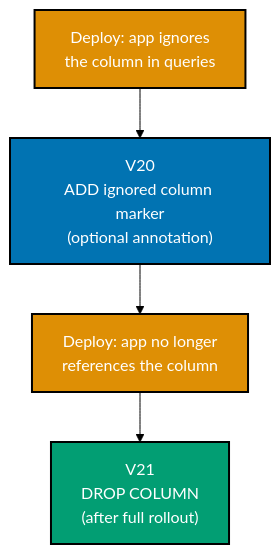
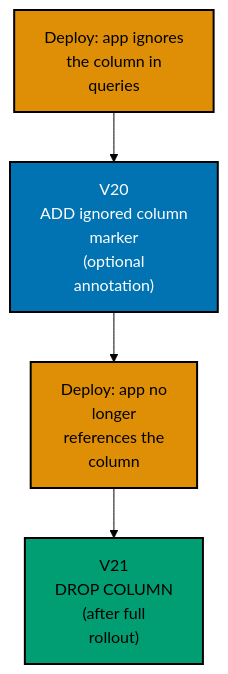
The third of 9 diagrams in apps/ayokoding-www/content/en/learn/legacy/software-engineering/data/tools/kotlin-flyway/by-example/advanced.md (wahidyankf/ose-public), drawn with Mermaid (forest theme) before and after one commit. The commit also changed other lines of this file and 131 other files, not shown here.

First line of the commit message:
fix(mermaid): bring the legacy data, infrastructure, and testing diagrams onto the accessible palette

````diff
--- a/apps/ayokoding-www/content/en/learn/legacy/software-engineering/data/tools/kotlin-flyway/by-example/advanced.md
+++ b/apps/ayokoding-www/content/en/learn/legacy/software-engineering/data/tools/kotlin-flyway/by-example/advanced.md
@@ -276,15 +282,18 @@
 ```mermaid
 %% Color Palette: Blue #0173B2, Orange #DE8F05, Teal #029E73, Purple #CC78BC, Brown #CA9161
 %% Three-phase safe column removal
 graph TD
-    A["Deploy: app ignores\nthe column in queries"]:::orange
-    B["V20\nADD ignored column marker\n#40;optional annotation#41;"]:::blue
-    C["Deploy: app no longer\nreferences the column"]:::orange
-    D["V21\nDROP COLUMN\n#40;after full rollout#41;"]:::teal
+    accTitle: Example 64: Zero-Downtime Column Removal
+    accDescr: Graph with 4 nodes and 3 connections. Nodes: Deploy: app ignores the column in queries, V20 ADD ignored column marker 40optional annotation41, Deploy: app no longer references the column, V21 DROP COLUMN 40after full rollout41. Connections: Deploy: app ignores the column in queries to V20 ADD ignored column marker 40optional annotation41, V20 ADD ignored column marker 40optional annotation41 to Deploy: app no longer references the column, Deploy: app no longer references the column to V21 DROP COLUMN 40after full rollout41.
+    A["Deploy: app ignores<br/>the column in<br/>queries"]:::orange
+    B["V20<br/>ADD ignored column<br/>marker<br/>#40;optional<br/>annotation#41;"]:::blue
+    C["Deploy: app no<br/>longer<br/>references the<br/>column"]:::orange
+    D["V21<br/>DROP COLUMN<br/>#40;after full<br/>rollout#41;"]:::teal
 
     A --> B --> C --> D
 
     classDef blue fill:#0173B2,stroke:#000000,color:#FFFFFF,stroke-width:2px
-    classDef orange fill:#DE8F05,stroke:#000000,color:#FFFFFF,stroke-width:2px
-    classDef teal fill:#029E73,stroke:#000000,color:#FFFFFF,stroke-width:2px
+    classDef orange fill:#DE8F05,stroke:#000000,color:#000000,stroke-width:2px
+    classDef teal fill:#029E73,stroke:#000000,color:#000000,stroke-width:2px
+    classDef default fill:#FFFFFF,stroke:#000000,color:#000000
 ```
````
